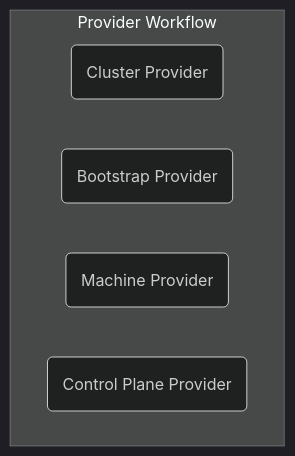
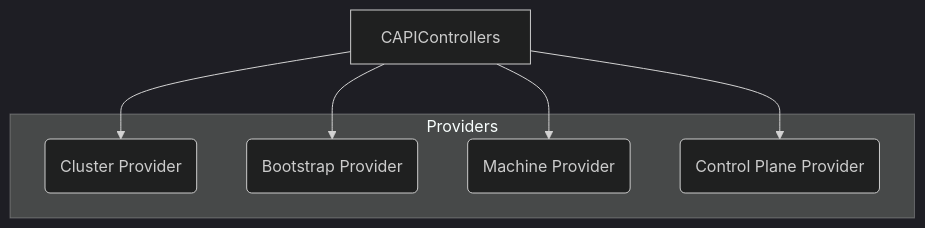
One commit to aiyengar2/k8s-docs changed the second of 2 diagrams in docs/provisioning/00_capi.md. Above: the diagram before and after it, drawn with Mermaid (dark theme). The commit also changed other lines of this file, not shown here.

````diff
--- a/docs/provisioning/00_capi.md
+++ b/docs/provisioning/00_capi.md
@@ -67,9 +57,13 @@
 ```mermaid
 graph TD
-    subgraph Provider Workflow
+    subgraph Providers
     ClusterProvider("Cluster Provider")
     BootstrapProvider("Bootstrap Provider")
     MachineProvider("Machine Provider")
     ControlPlaneProvider("Control Plane Provider")
     end
+    CAPIControllers-->ClusterProvider
+    CAPIControllers-->BootstrapProvider
+    CAPIControllers-->MachineProvider
+    CAPIControllers-->ControlPlaneProvider
 ```
````
